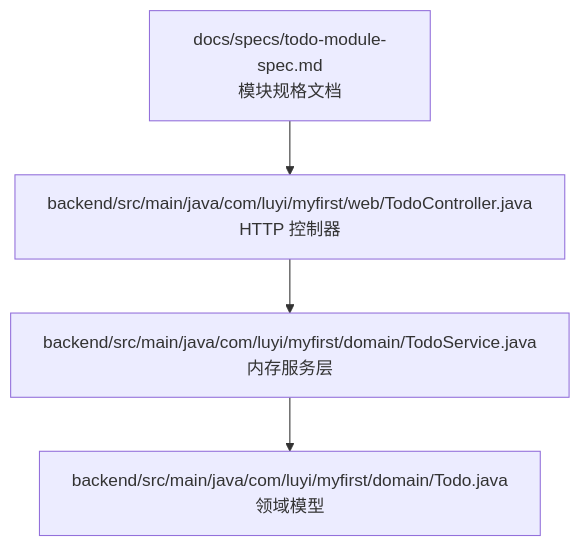
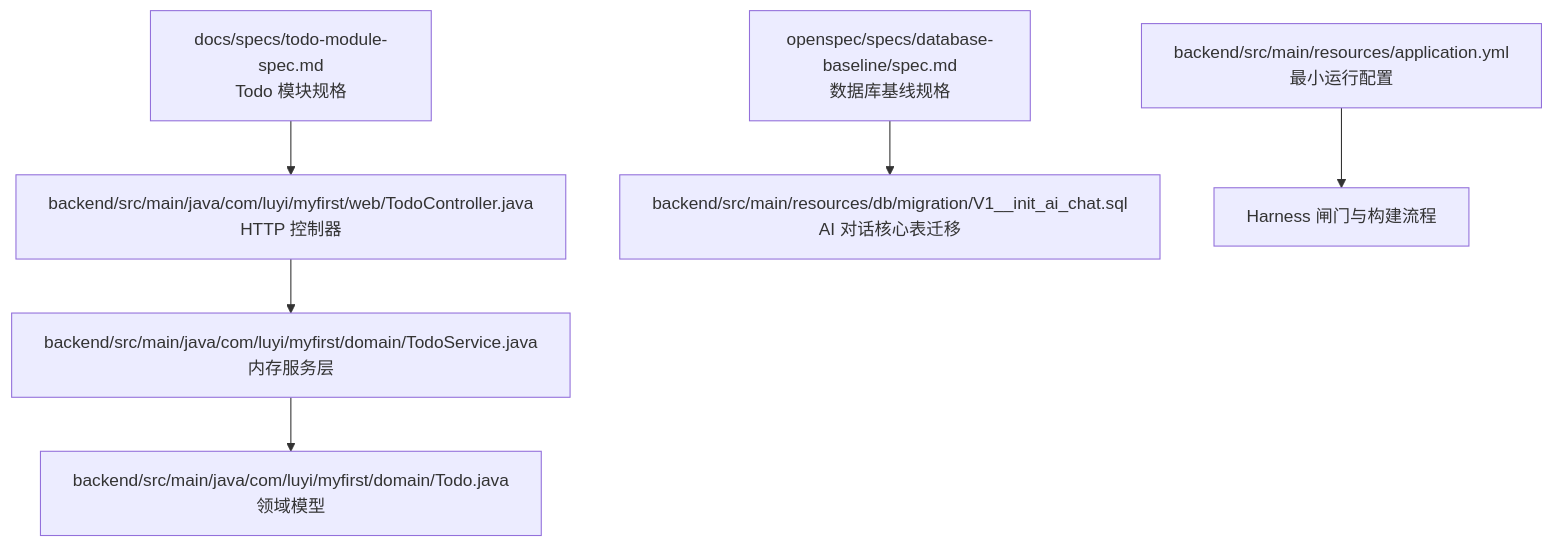
One commit to luyitiger6/my-first-project changed the first of 10 diagrams in .qoder/repowiki/zh/content/规格驱动开发/规格文档编写.md. Above: the diagram before and after it, drawn with Mermaid. The commit also changed other lines of this file and 44 other files, not shown here.

````diff
--- a/.qoder/repowiki/zh/content/规格驱动开发/规格文档编写.md
+++ b/.qoder/repowiki/zh/content/规格驱动开发/规格文档编写.md
@@ -40,6 +55,8 @@
 ```mermaid
 graph TB
-A["docs/specs/todo-module-spec.md<br/>模块规格文档"] --> B["backend/src/main/java/com/luyi/myfirst/web/TodoController.java<br/>HTTP 控制器"]
+A["docs/specs/todo-module-spec.md<br/>Todo 模块规格"] --> B["backend/src/main/java/com/luyi/myfirst/web/TodoController.java<br/>HTTP 控制器"]
 B --> C["backend/src/main/java/com/luyi/myfirst/domain/TodoService.java<br/>内存服务层"]
 C --> D["backend/src/main/java/com/luyi/myfirst/domain/Todo.java<br/>领域模型"]
+E["openspec/specs/database-baseline/spec.md<br/>数据库基线规格"] --> F["backend/src/main/resources/db/migration/V1__init_ai_chat.sql<br/>AI 对话核心表迁移"]
+G["backend/src/main/resources/application.yml<br/>最小运行配置"] --> H["Harness 闸门与构建流程"]
 ```
````
